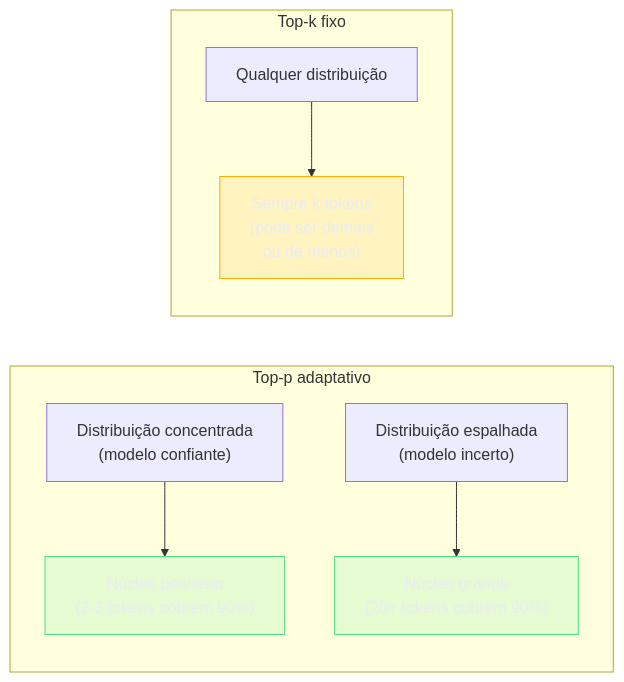
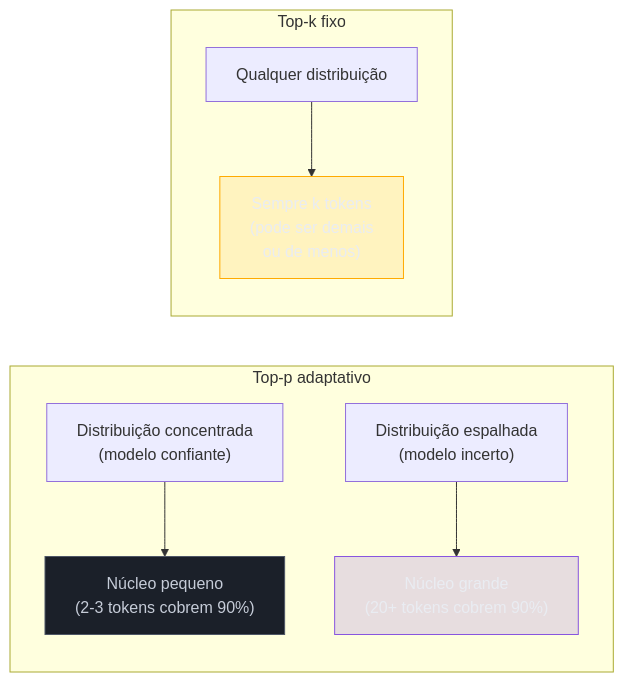
One commit to josenaldo/codex-technomanticus changed the third of 3 diagrams in 03-Dominios/Tecnologia/IA/Anatomia dos LLMs/05 - Completação — o loop autoregressivo.md. Above: the diagram before and after it, drawn with Mermaid. The commit also changed 601 other files, not shown here.

````diff
--- a/03-Dominios/Tecnologia/IA/Anatomia dos LLMs/05 - Completação — o loop autoregressivo.md
+++ b/03-Dominios/Tecnologia/IA/Anatomia dos LLMs/05 - Completação — o loop autoregressivo.md
@@ -153,15 +153,16 @@
 ```mermaid
 graph LR
-    classDef ok fill:#4ADE8021,stroke:#4ADE80,color:#E9ECF2
+    classDef marca fill:#8855DF33,stroke:#8855DF,color:#E9ECF2
+    classDef neutro fill:#1B2029,stroke:#4E5666,color:#C6CCD8
     classDef destaque fill:#FFAA0024,stroke:#FFAA00,color:#E9ECF2
     subgraph "Top-p adaptativo"
         A["Distribuição concentrada\n(modelo confiante)"] --> B["Núcleo pequeno\n(2-3 tokens cobrem 90%)"]
         C["Distribuição espalhada\n(modelo incerto)"] --> D["Núcleo grande\n(20+ tokens cobrem 90%)"]
     end
     subgraph "Top-k fixo"
         E["Qualquer distribuição"] --> F["Sempre k tokens\n(pode ser demais\nou de menos)"]
     end
-    class B ok
-    class D ok
+    class B neutro
+    class D marca
     class F destaque
 ```
````
